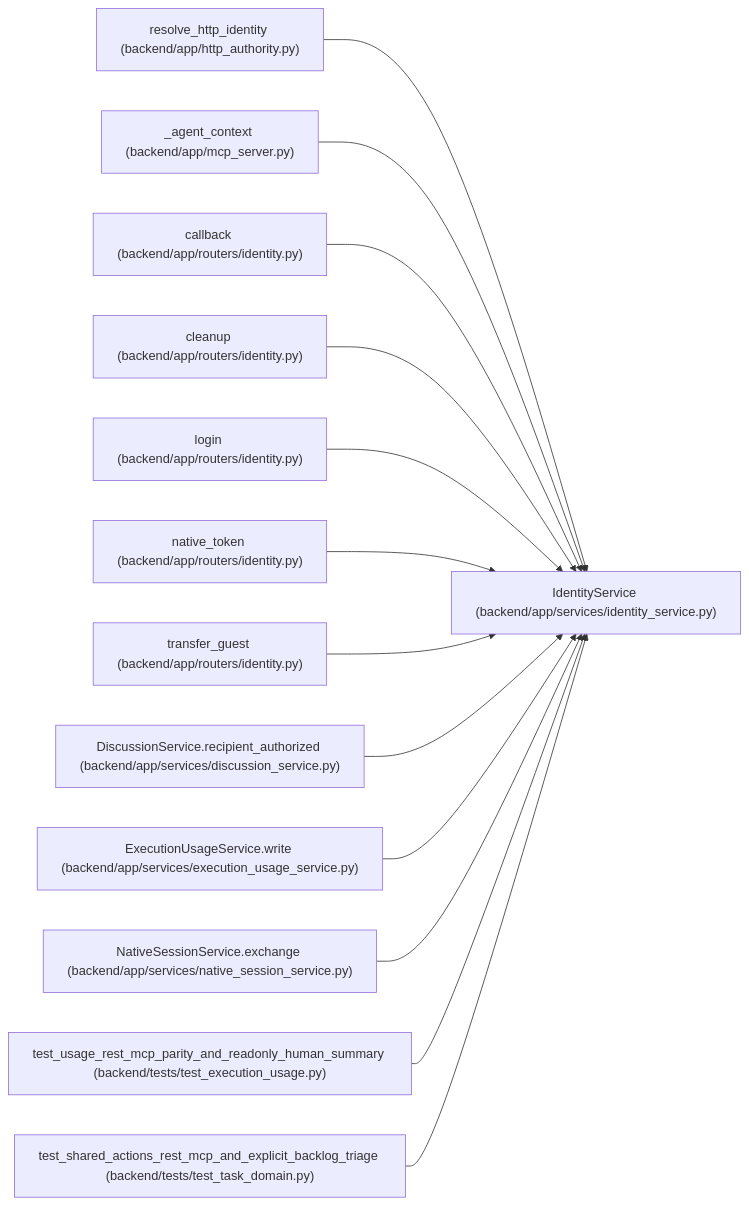
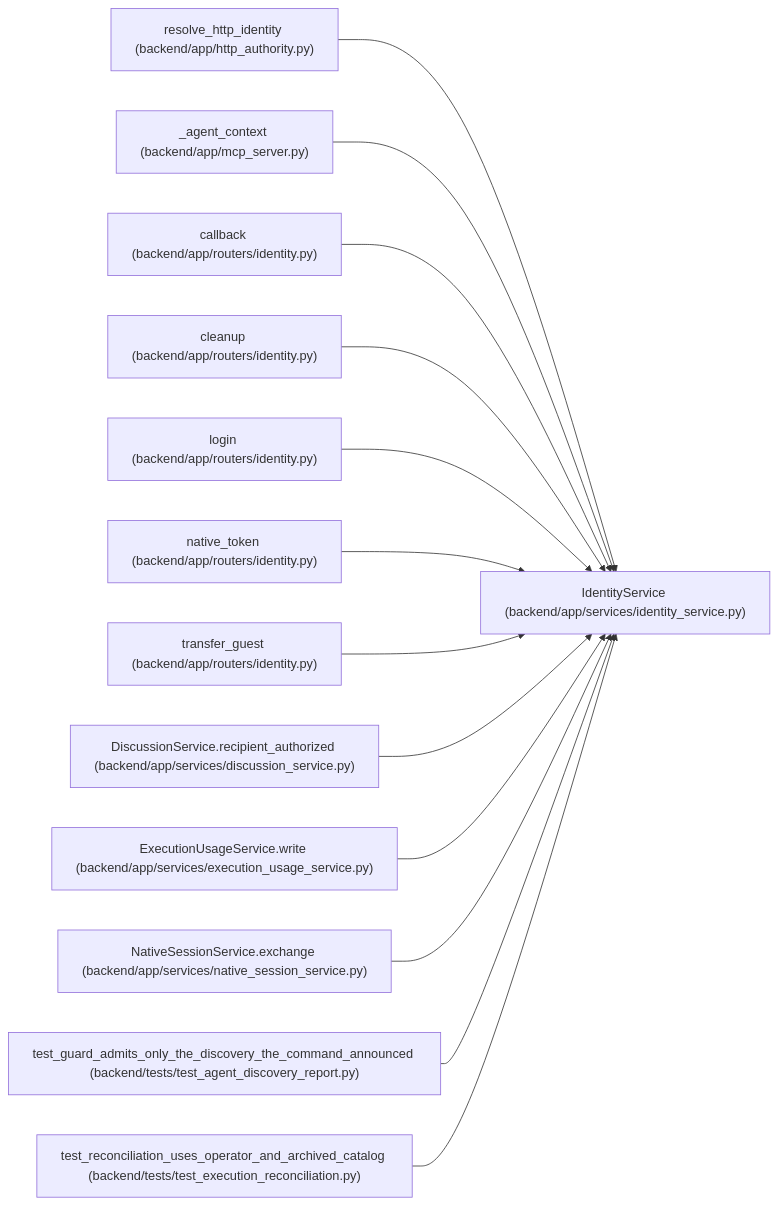
One commit to Denissvgn/WorkChord changed the diagram in docs/llm_wiki/entities/IdentityService.md. Above: the diagram before and after it, drawn with Mermaid. The commit also changed other lines of this file and 2373 other files, not shown here.

````diff
--- a/docs/llm_wiki/entities/IdentityService.md
+++ b/docs/llm_wiki/entities/IdentityService.md
@@ -35,41 +35,41 @@
 ```mermaid
 flowchart LR
     n0["IdentityService (backend/app/services/identity_service.py)"]
     n1["resolve_http_identity (backend/app/http_authority.py)"]
     n2["_agent_context (backend/app/mcp_server.py)"]
     n3["callback (backend/app/routers/identity.py)"]
     n4["cleanup (backend/app/routers/identity.py)"]
     n5["login (backend/app/routers/identity.py)"]
     n6["native_token (backend/app/routers/identity.py)"]
     n7["transfer_guest (backend/app/routers/identity.py)"]
     n8["DiscussionService.recipient_authorized (backend/app/services/discussion_service.py)"]
     n9["ExecutionUsageService.write (backend/app/services/execution_usage_service.py)"]
     n10["NativeSessionService.exchange (backend/app/services/native_session_service.py)"]
-    n11["test_usage_rest_mcp_parity_and_readonly_human_summary (backend/tests/test_execution_usage.py)"]
-    n12["test_shared_actions_rest_mcp_and_explicit_backlog_triage (backend/tests/test_task_domain.py)"]
+    n11["test_guard_admits_only_the_discovery_the_command_announced (backend/tests/test_agent_discovery_report.py)"]
+    n12["test_reconciliation_uses_operator_and_archived_catalog (backend/tests/test_execution_reconciliation.py)"]
     n1 --> n0
     n2 --> n0
     n3 --> n0
     n4 --> n0
     n5 --> n0
     n6 --> n0
     n7 --> n0
     n8 --> n0
     n9 --> n0
     n10 --> n0
     n11 --> n0
     n12 --> n0
     click n0 "../modules/identity_service.md"
     click n1 "../modules/http_authority.md"
     click n2 "../modules/mcp_server.md"
     click n3 "../modules/routers_identity.md"
     click n4 "../modules/routers_identity.md"
     click n5 "../modules/routers_identity.md"
     click n6 "../modules/routers_identity.md"
     click n7 "../modules/routers_identity.md"
     click n8 "../modules/discussion_service.md"
     click n9 "../modules/execution_usage_service.md"
     click n10 "../modules/native_session_service.md"
-    click n11 "../modules/test_execution_usage.md"
-    click n12 "../modules/test_task_domain.md"
+    click n11 "../modules/test_agent_discovery_report.md"
+    click n12 "../modules/test_execution_reconciliation.md"
 ```
````
